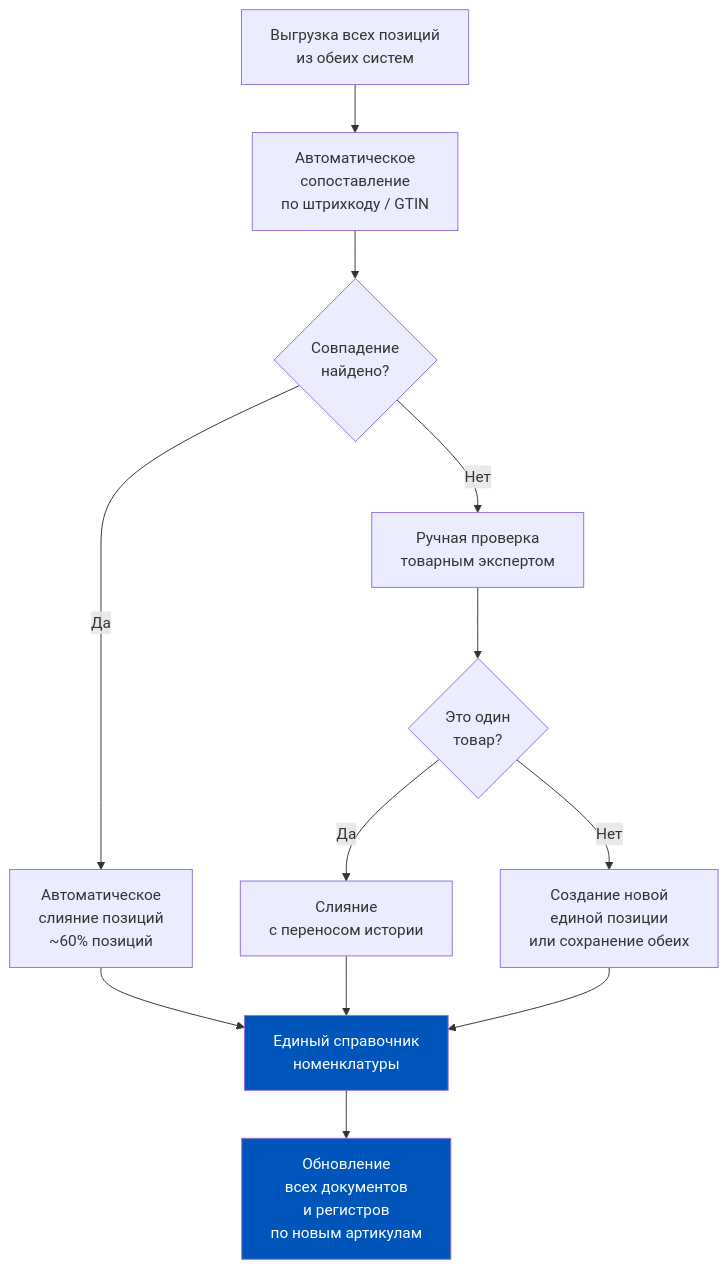
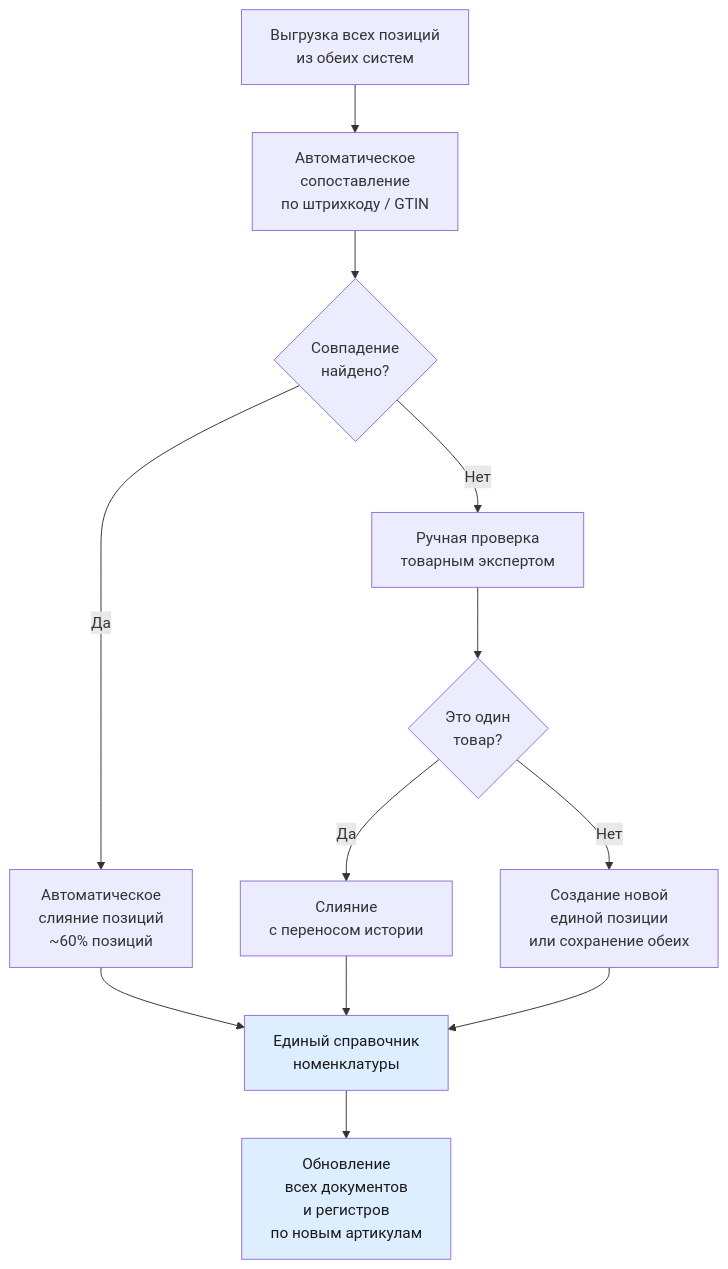
The third of 11 diagrams in content/1c-erp/week_7/Неделя 7 - День 7 - История Delivery Club.md (murad1986/1c-erp-quartz), drawn with Mermaid before and after one commit. The commit also changed other lines of this file and 57 other files, not shown here.

First line of the commit message:
fix: Mermaid — пастельные цвета в источниках диаграмм (56 файлов)

````diff
--- a/content/1c-erp/week_7/Неделя 7 - День 7 - История Delivery Club.md
+++ b/content/1c-erp/week_7/Неделя 7 - День 7 - История Delivery Club.md
@@ -170,17 +170,17 @@
 ```mermaid
 flowchart TD
     A[Выгрузка всех позиций<br/>из обеих систем] --> B[Автоматическое<br/>сопоставление<br/>по штрихкоду / GTIN]
     B --> C{Совпадение<br/>найдено?}
     C -->|Да| D[Автоматическое<br/>слияние позиций<br/>~60% позиций]
     C -->|Нет| E[Ручная проверка<br/>товарным экспертом]
     E --> F{Это один<br/>товар?}
     F -->|Да| G[Слияние<br/>с переносом истории]
     F -->|Нет| H[Создание новой<br/>единой позиции<br/>или сохранение обеих]
     D --> I[Единый справочник<br/>номенклатуры]
     G --> I
     H --> I
     I --> J[Обновление<br/>всех документов<br/>и регистров<br/>по новым артикулам]
 
-    style I fill:#0055BB,color:#fff
-    style J fill:#0055BB,color:#fff
+    style I fill:#dceeff,color:#1a1a1a
+    style J fill:#dceeff,color:#1a1a1a
 ```
````
